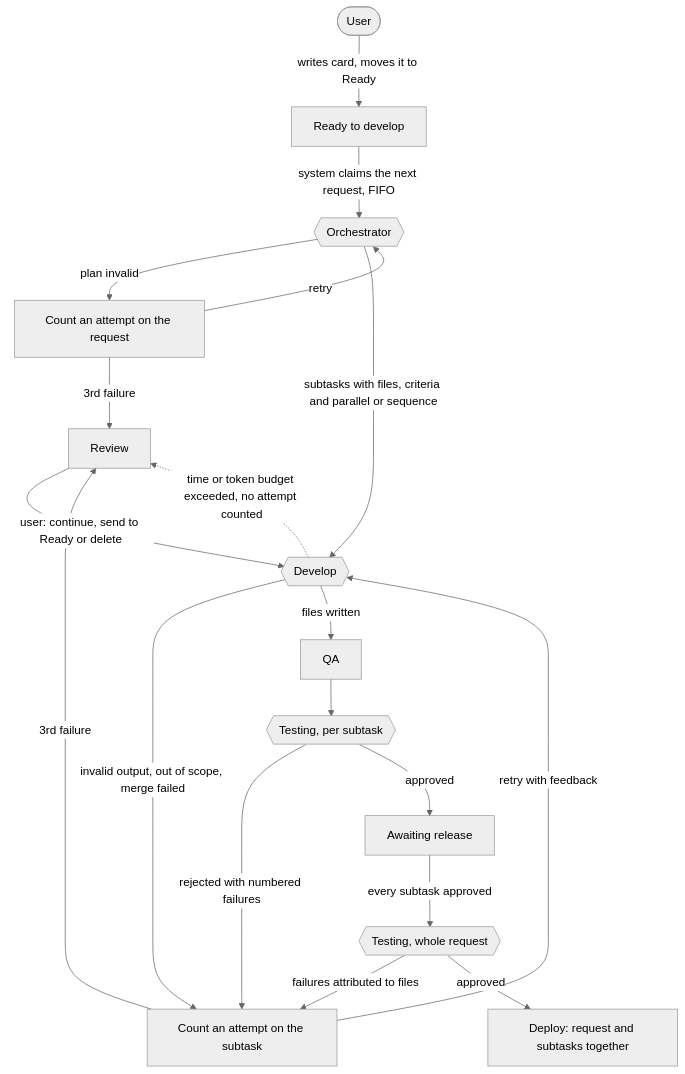
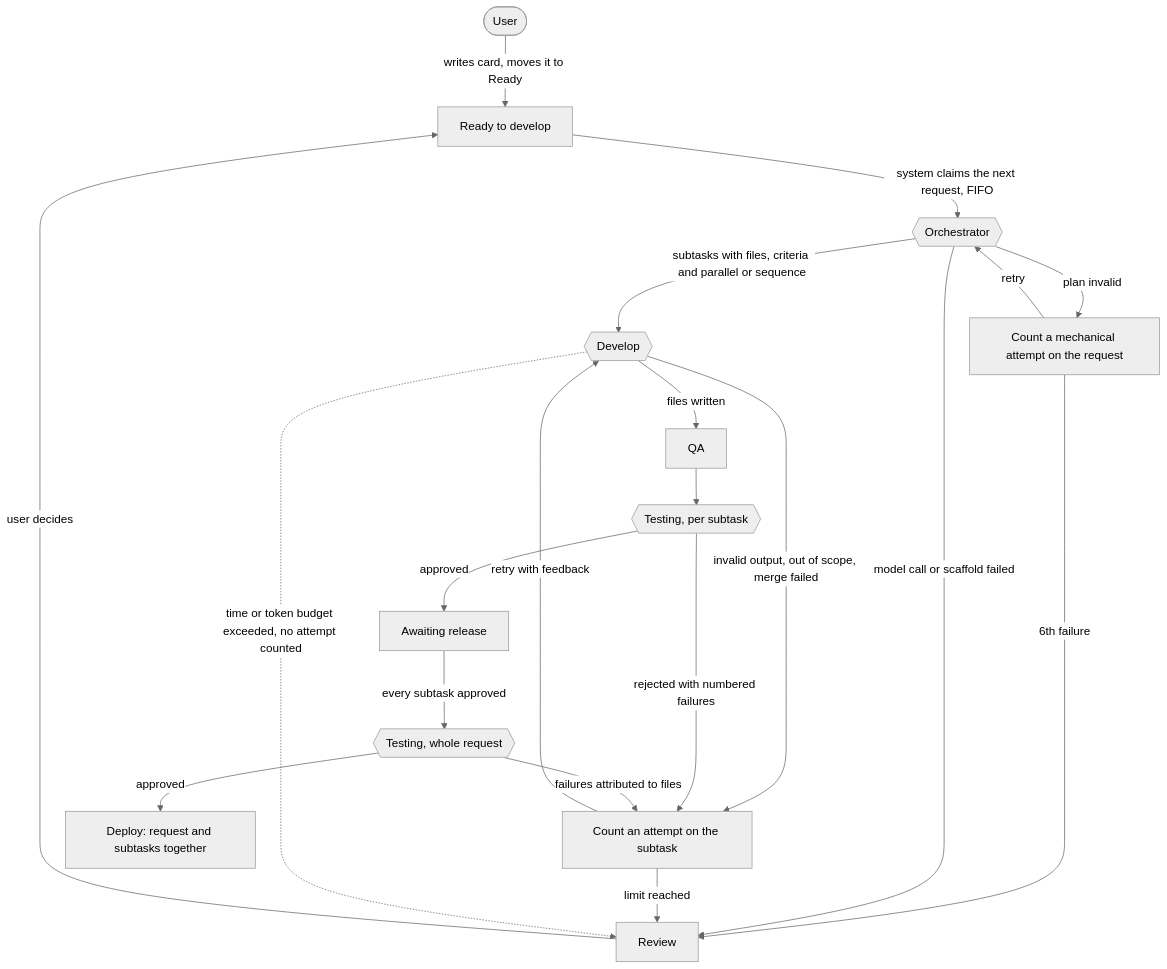
Before and after one commit to MiguelEscSan/OrganAIze: the first of 4 diagrams in README.md, drawn with Mermaid (neutral theme). The commit also changed other lines of this file, not shown here.

````diff
--- a/README.md
+++ b/README.md
@@ -17,21 +48,22 @@
 ```mermaid
 flowchart TD
     U([User]) -->|writes card, moves it to Ready| R[Ready to develop]
     R -->|system claims the next request, FIFO| O{{Orchestrator}}
-    O -->|plan invalid| OF[Count an attempt on the request]
-    OF -->|3rd failure| RV[Review]
+    O -->|plan invalid| OF[Count a mechanical attempt on the request]
+    OF -->|6th failure| RV[Review]
     OF -->|retry| O
+    O -->|model call or scaffold failed| RV
     O -->|subtasks with files, criteria and parallel or sequence| D{{Develop}}
     D -->|invalid output, out of scope, merge failed| DF[Count an attempt on the subtask]
-    DF -->|3rd failure| RV
+    DF -->|limit reached| RV
     DF -->|retry with feedback| D
     D -->|files written| QA[QA]
     QA --> T{{Testing, per subtask}}
     T -->|rejected with numbered failures| DF
     T -->|approved| AR[Awaiting release]
     AR -->|every subtask approved| TR{{Testing, whole request}}
     TR -->|failures attributed to files| DF
     TR -->|approved| DP[Deploy: request and subtasks together]
     D -.->|time or token budget exceeded, no attempt counted| RV
-    RV -->|user: continue, send to Ready or delete| D
+    RV -->|user decides| R
 ```
````
